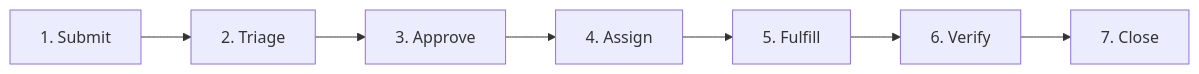
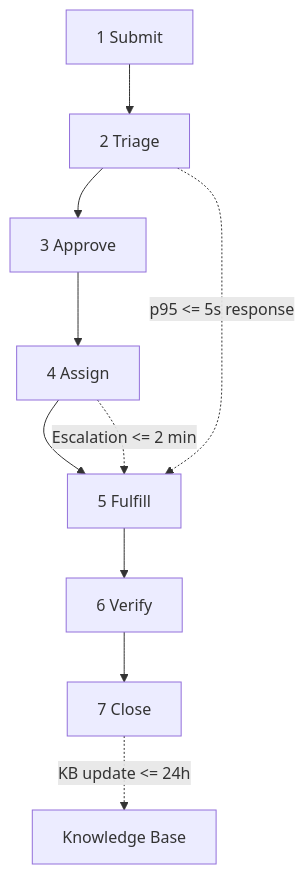
The diagram in docs/02-service-levels.md (itsimonfredlingjack/nordiq-sejfa), drawn with Mermaid before and after one commit. The commit also changed other lines of this file and 4 other files, not shown here.

````diff
--- a/docs/02-service-levels.md
+++ b/docs/02-service-levels.md
@@ -34,9 +27,13 @@
 ```mermaid
-flowchart LR
-    A["1. Submit"] --> B["2. Triage"]
-    B --> C["3. Approve"]
-    C --> D["4. Assign"]
-    D --> E["5. Fulfill"]
-    E --> F["6. Verify"]
-    F --> G["7. Close"]
+flowchart TB
+    A["1 Submit"] --> B["2 Triage"]
+    B --> C["3 Approve"]
+    C --> D["4 Assign"]
+    D --> E["5 Fulfill"]
+    E --> F["6 Verify"]
+    F --> G["7 Close"]
+
+    B -. "p95 <= 5s response" .-> E
+    D -. "Escalation <= 2 min" .-> E
+    G -. "KB update <= 24h" .-> H["Knowledge Base"]
 ```
````
